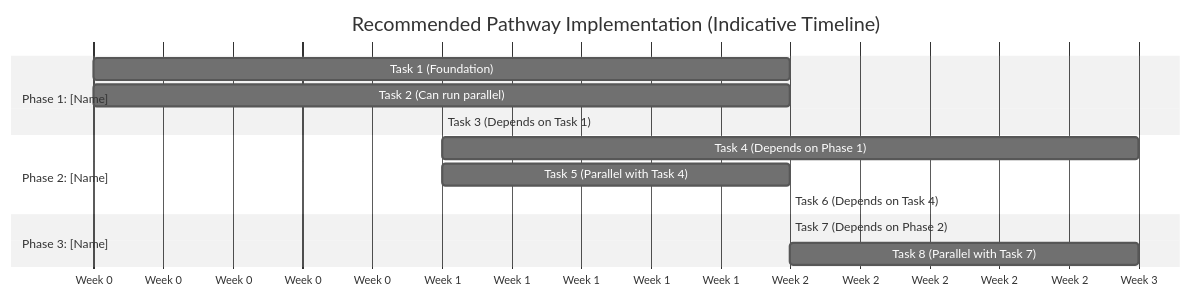
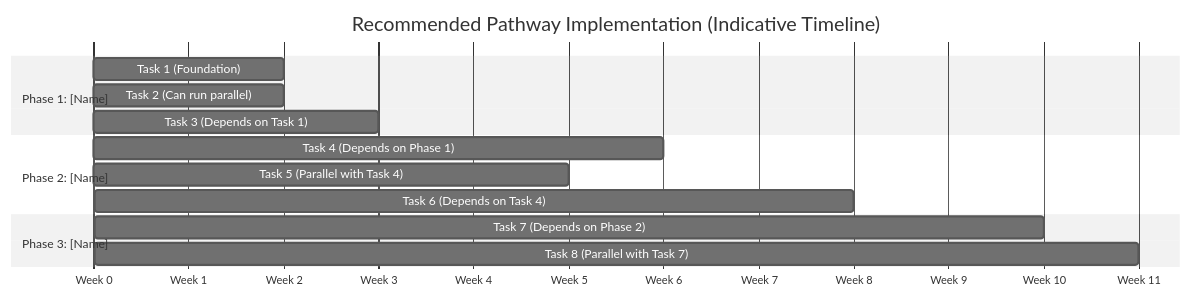
The fourth of 5 diagrams in steering/report-structure.md (davidcslau/enterprise-modernization-analyzer), drawn with Mermaid (neutral theme) before and after one commit. The commit also changed other lines of this file and 2 other files, not shown here.

````diff
--- a/steering/report-structure.md
+++ b/steering/report-structure.md
@@ -290,20 +325,20 @@
 ```mermaid
 gantt
     title Recommended Pathway Implementation (Indicative Timeline)
     dateFormat X
     axisFormat Week %s
     
     section Phase 1: [Name]
     Task 1 (Foundation)           :a1, 0, 2
     Task 2 (Can run parallel)     :a2, 0, 2
-    Task 3 (Depends on Task 1)    :a3, after a1, 1
+    Task 3 (Depends on Task 1)    :a3, 2, 3
     
     section Phase 2: [Name]
-    Task 4 (Depends on Phase 1)   :b1, after a3, 3
-    Task 5 (Parallel with Task 4) :b2, after a3, 2
-    Task 6 (Depends on Task 4)    :b3, after b1, 2
+    Task 4 (Depends on Phase 1)   :b1, 3, 6
+    Task 5 (Parallel with Task 4) :b2, 3, 5
+    Task 6 (Depends on Task 4)    :b3, 6, 8
     
     section Phase 3: [Name]
-    Task 7 (Depends on Phase 2)   :c1, after b3, 2
-    Task 8 (Parallel with Task 7) :c2, after b3, 3
+    Task 7 (Depends on Phase 2)   :c1, 8, 10
+    Task 8 (Parallel with Task 7) :c2, 8, 11
 ```
````
